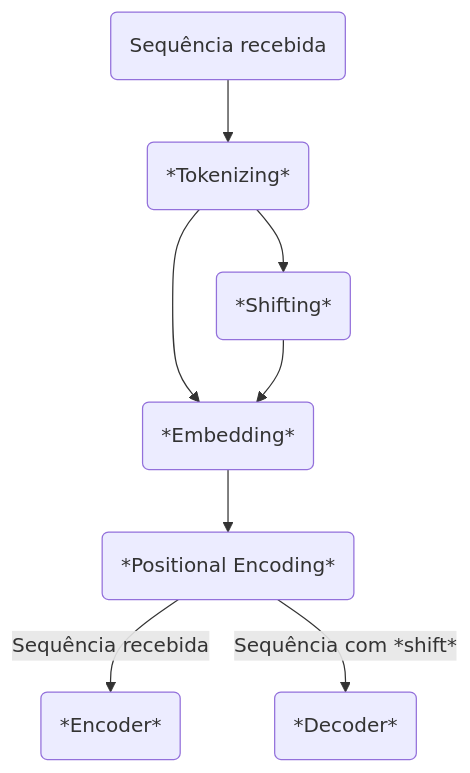
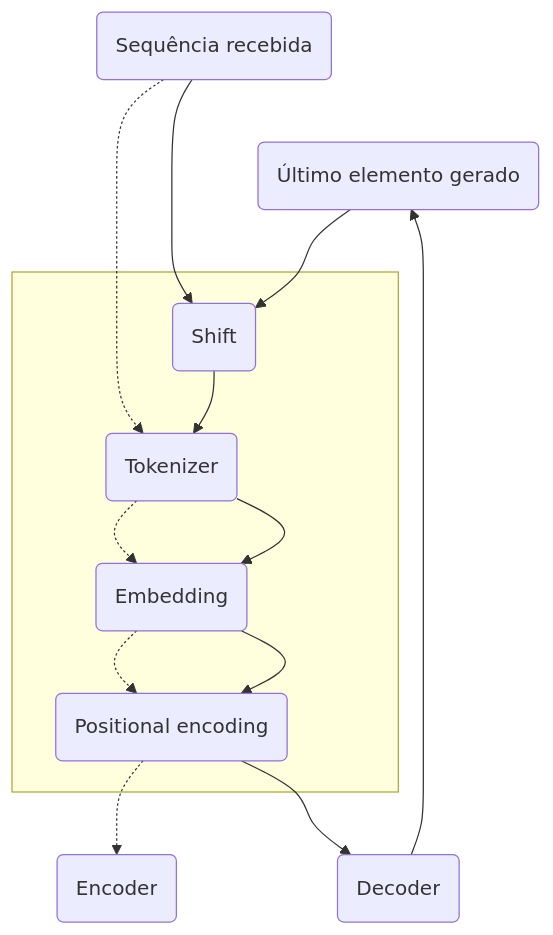
Before and after one commit to eshiraishi/eshiraishi.github.io: the second of 7 diagrams in src/content/posts/transformers.md, drawn with Mermaid. The commit also changed other lines of this file, not shown here.

````diff
--- a/src/content/posts/transformers.md
+++ b/src/content/posts/transformers.md
@@ -753,13 +1057,31 @@
 ```mermaid
 flowchart
-    encoder(*Encoder*)
+    lastToken(Último elemento gerado)
     input(Sequência recebida)
-    tokenizing(*Tokenizing*)
-    shift(*Shifting*)
-    pose("*Positional Encoding*")
-    embedding("*Embedding*")
-    decoder(*Decoder*)
-    input --> tokenizing --> embedding --> pose -- Sequência recebida --> encoder
-    tokenizing --> shift --> embedding
-    pose --  Sequência com *shift* --> decoder
+    
+    subgraph p[ ]
+    shift(Shift)
+    embedding(Embedding)
+    pose(Positional encoding)
+    tokenizer(Tokenizer)
+    end
+    
+    encoder(Encoder)
+    decoder(Decoder)
+
+    input ~~~ lastToken
+
+    input -.-> tokenizer
+    input & lastToken --> shift --> tokenizer
+
+    tokenizer -.-> embedding
+    tokenizer --> embedding
+
+    embedding -.-> pose
+    embedding --> pose
+
+    pose -.-> encoder
+    pose --> decoder
+
+    decoder --> lastToken
 ```
````
